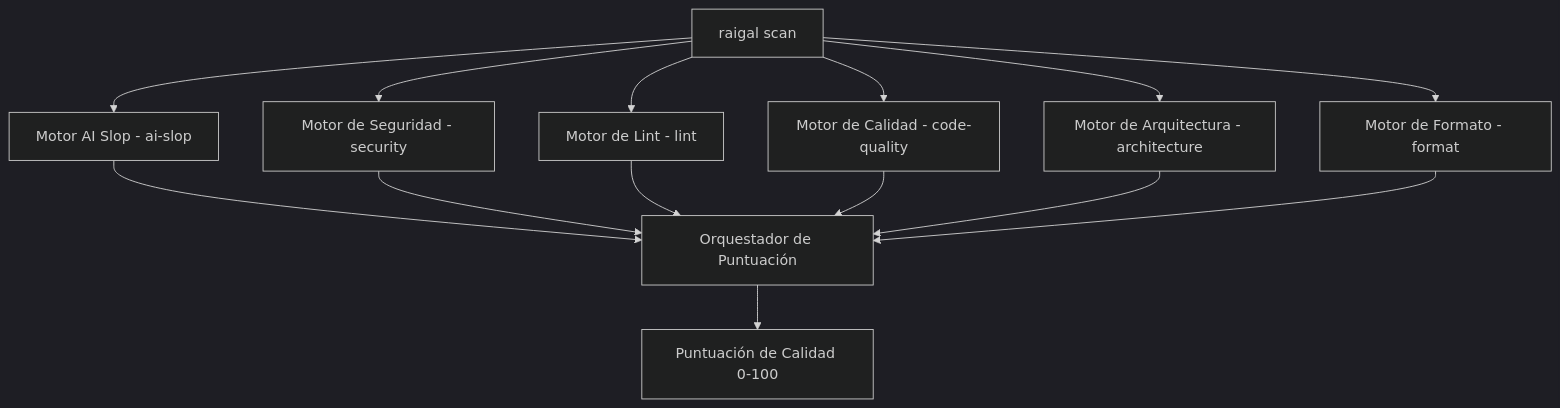
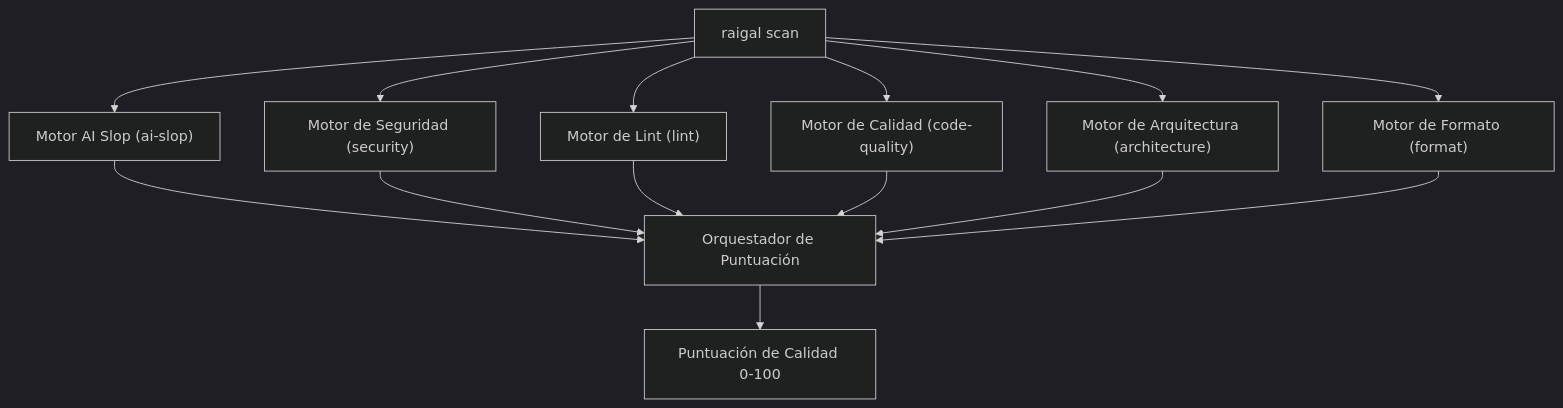
One commit to meethiu/raigal-docs changed the diagram in espanol/documentacion-espanol/conceptos-clave/reglas.md. Above: the diagram before and after it, drawn with Mermaid (dark theme). The commit also changed other lines of this file and 30 other files, not shown here.

````diff
--- a/espanol/documentacion-espanol/conceptos-clave/reglas.md
+++ b/espanol/documentacion-espanol/conceptos-clave/reglas.md
@@ -10,16 +10,16 @@
 ```mermaid
 graph TD
-    A[raigal scan] --> B[Motor AI Slop - ai-slop]
-    A --> C[Motor de Seguridad - security]
-    A --> D[Motor de Lint - lint]
-    A --> E[Motor de Calidad - code-quality]
-    A --> F[Motor de Arquitectura - architecture]
-    A --> G[Motor de Formato - format]
+    A[raigal scan] --> B["Motor AI Slop (ai-slop)"]
+    A --> C["Motor de Seguridad (security)"]
+    A --> D["Motor de Lint (lint)"]
+    A --> E["Motor de Calidad (code-quality)"]
+    A --> F["Motor de Arquitectura (architecture)"]
+    A --> G["Motor de Formato (format)"]
     B --> H[Orquestador de Puntuación]
     C --> H
     D --> H
     E --> H
     F --> H
     G --> H
     H --> I[Puntuación de Calidad 0-100]
 ```
````
